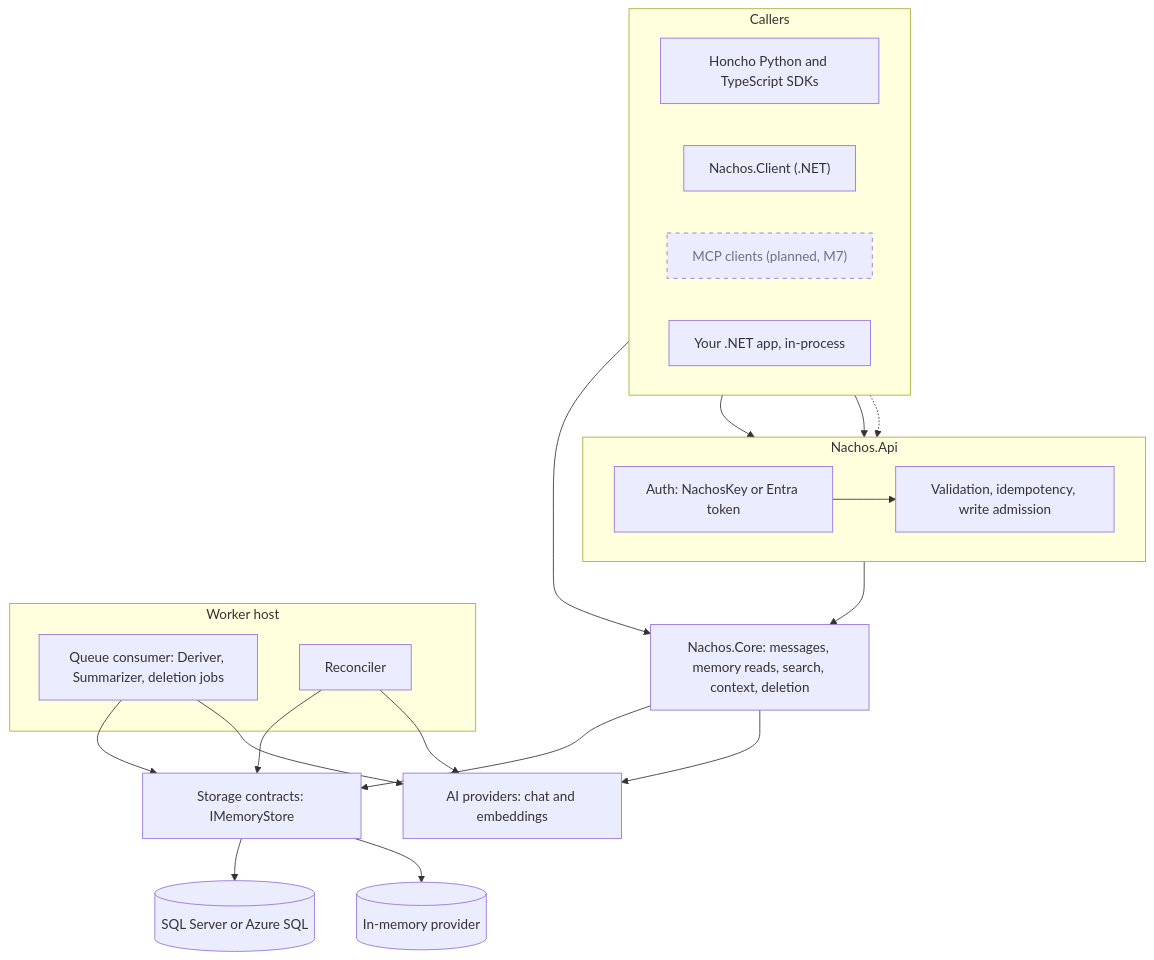
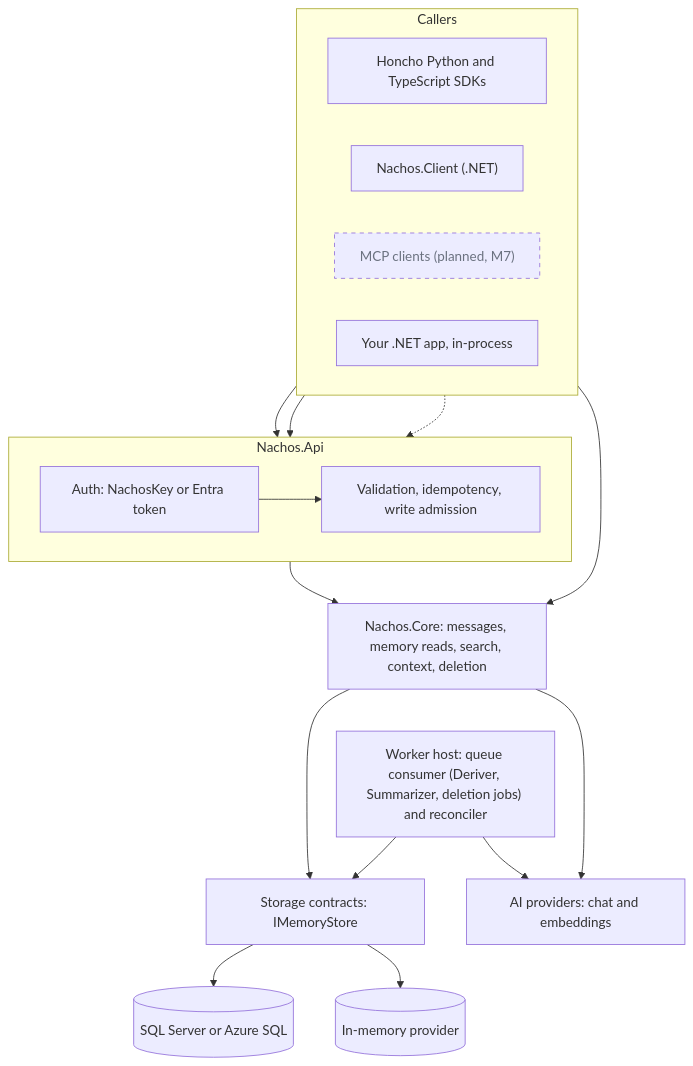
One commit to brendankowitz/nachos changed the first of 5 diagrams in docs/site/src/content/docs/architecture.mdx. Above: the diagram before and after it, drawn with Mermaid.

Commit message:
fix(docs): make AI providers a leaf in the architecture overview
The overview's layout routed Core's storage edge through the AI providers box,
so it read as if the providers wrote to storage. Collapse the worker host to
one node placed below Core, so Core and the worker both call storage and the
AI providers, with the providers as a side leaf and no edge crossings.

Claude-Session: https://claude.ai/code/session_013TGH8fxRRn6GaHauh8ZwNp

````diff
--- a/docs/site/src/content/docs/architecture.mdx
+++ b/docs/site/src/content/docs/architecture.mdx
@@ -18,37 +18,33 @@
 ```mermaid
 flowchart TB
   classDef planned stroke-dasharray: 5 5,color:#6b7280
   subgraph callers["Callers"]
     direction LR
     sdk["Honcho Python and TypeScript SDKs"]
     net["Nachos.Client (.NET)"]
     mcpc["MCP clients (planned, M7)"]:::planned
     lib["Your .NET app, in-process"]
   end
   subgraph api["Nachos.Api"]
     direction LR
     auth["Auth: NachosKey or Entra token"] --> gate["Validation, idempotency, write admission"]
   end
   core["Nachos.Core: messages, memory reads, search, context, deletion"]
-  subgraph worker["Worker host"]
-    consumer["Queue consumer: Deriver, Summarizer, deletion jobs"]
-    recon["Reconciler"]
-  end
+  worker["Worker host: queue consumer (Deriver, Summarizer, deletion jobs) and reconciler"]
+  store["Storage contracts: IMemoryStore"]
   ai["AI providers: chat and embeddings"]
-  store["Storage contracts: IMemoryStore"]
   sql[("SQL Server or Azure SQL")]
   mem[("In-memory provider")]
   sdk --> auth
   net --> auth
   mcpc -.-> auth
   lib --> core
   gate --> core
+  core ~~~ worker
   core --> store
+  worker --> store
+  worker --> ai
   core --> ai
-  consumer --> store
-  consumer --> ai
-  recon --> store
-  recon --> ai
   store --> sql
   store --> mem
 ```
````
